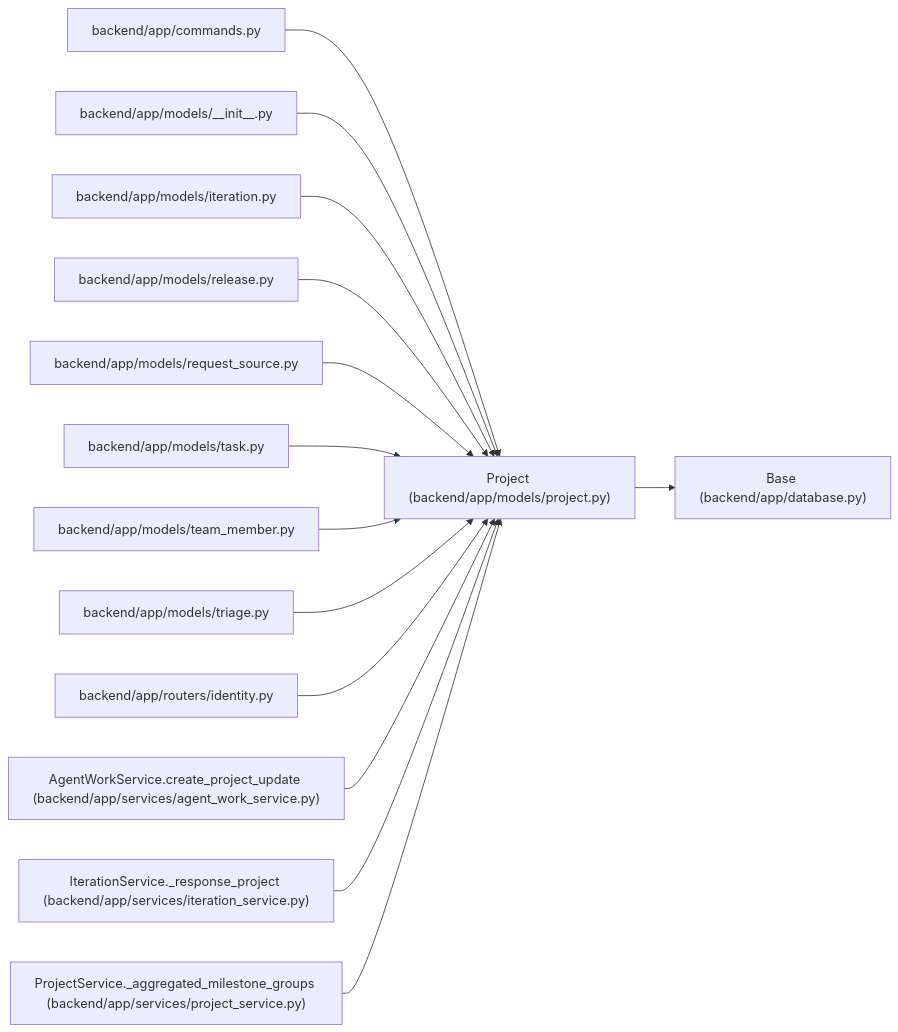
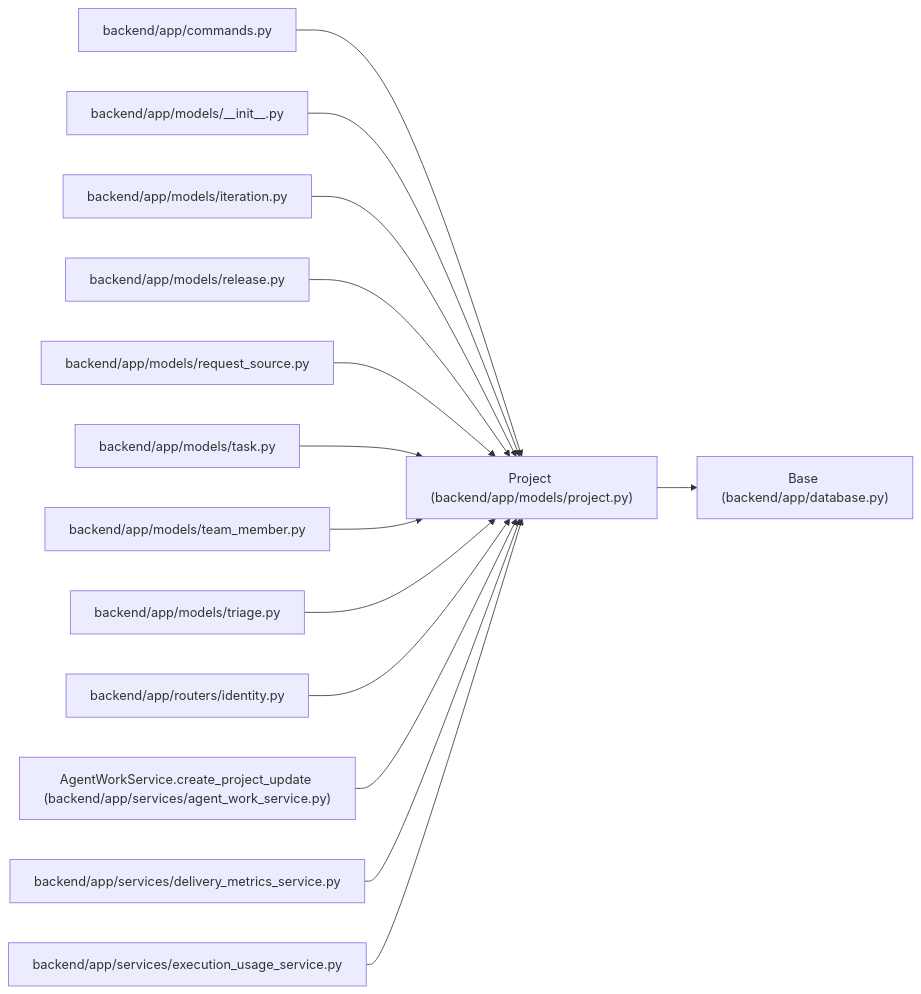
The diagram in docs/llm_wiki/entities/models_project_Project.md (Denissvgn/WorkChord), drawn with Mermaid before and after one commit. The commit also changed other lines of this file and 6624 other files, not shown here.

````diff
--- a/docs/llm_wiki/entities/models_project_Project.md
+++ b/docs/llm_wiki/entities/models_project_Project.md
@@ -48,44 +48,44 @@
 ```mermaid
 flowchart LR
     n0["Project (backend/app/models/project.py)"]
     n1["Base (backend/app/database.py)"]
     n2["backend/app/commands.py"]
     n3["backend/app/models/__init__.py"]
     n4["backend/app/models/iteration.py"]
     n5["backend/app/models/release.py"]
     n6["backend/app/models/request_source.py"]
     n7["backend/app/models/task.py"]
     n8["backend/app/models/team_member.py"]
     n9["backend/app/models/triage.py"]
     n10["backend/app/routers/identity.py"]
     n11["AgentWorkService.create_project_update (backend/app/services/agent_work_service.py)"]
-    n12["IterationService._response_project (backend/app/services/iteration_service.py)"]
-    n13["ProjectService._aggregated_milestone_groups (backend/app/services/project_service.py)"]
+    n12["backend/app/services/delivery_metrics_service.py"]
+    n13["backend/app/services/execution_usage_service.py"]
     n0 --> n1
     n2 --> n0
     n3 --> n0
     n4 --> n0
     n5 --> n0
     n6 --> n0
     n7 --> n0
     n8 --> n0
     n9 --> n0
     n10 --> n0
     n11 --> n0
     n12 --> n0
     n13 --> n0
     click n0 "../modules/models_project.md"
     click n1 "../modules/app_database.md"
     click n2 "../modules/commands.md"
     click n3 "../modules/models___init__.md"
     click n4 "../modules/models_iteration.md"
     click n5 "../modules/models_release.md"
     click n6 "../modules/models_request_source.md"
     click n7 "../modules/models_task.md"
     click n8 "../modules/team_member.md"
     click n9 "../modules/models_triage.md"
     click n10 "../modules/routers_identity.md"
     click n11 "../modules/agent_work_service.md"
-    click n12 "../modules/iteration_service.md"
-    click n13 "../modules/project_service.md"
+    click n12 "../modules/delivery_metrics_service.md"
+    click n13 "../modules/execution_usage_service.md"
 ```
````
